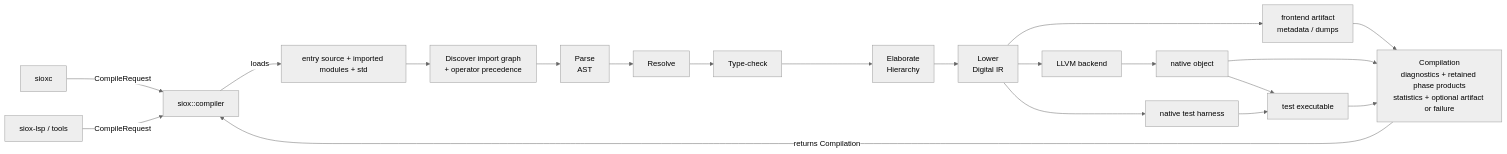
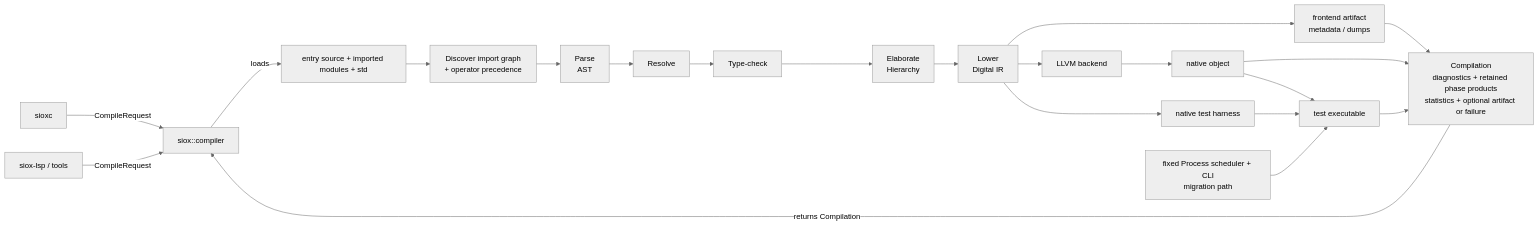
Before and after one commit to Siox-lang/sioxc: the diagram in docs/README.md, drawn with Mermaid (neutral theme). The commit also changed other lines of this file and 12 other files, not shown here.

````diff
--- a/docs/README.md
+++ b/docs/README.md
@@ -40,25 +40,26 @@
 ```mermaid
 flowchart LR
     CLI["sioxc"] -->|CompileRequest| API["siox::compiler"]
     LSP["siox-lsp / tools"] -->|CompileRequest| API
 
     API -->|loads| SRC["entry source + imported modules + std"]
     SRC --> DISC["Discover import graph<br/>+ operator precedence"]
     DISC --> AST["Parse<br/>AST"]
     AST --> RES["Resolve"]
     RES --> TYPE["Type-check"]
     TYPE --> ELAB["Elaborate<br/>Hierarchy"]
     ELAB --> IR["Lower<br/>Digital IR"]
 
     IR --> FRONT["frontend artifact<br/>metadata / dumps"]
     IR --> LLVM["LLVM backend"]
     IR --> HARNESS["native test harness"]
     LLVM --> OBJ["native object"]
     OBJ --> TEST["test executable"]
     HARNESS --> TEST
+    FIXED["fixed Process scheduler + CLI<br/>migration path"] --> TEST
 
     FRONT --> RESULT["Compilation<br/>diagnostics + retained phase products<br/>statistics + optional artifact or failure"]
     OBJ --> RESULT
     TEST --> RESULT
     RESULT -->|returns Compilation| API
 ```
````
